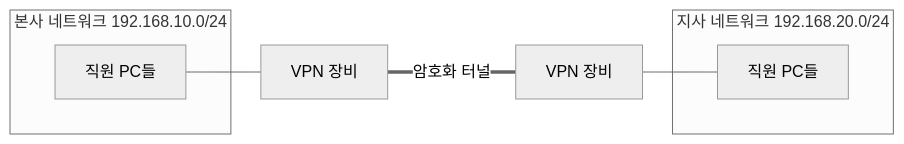
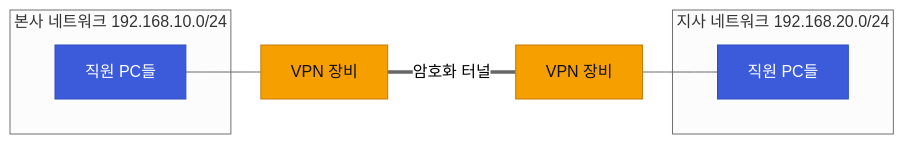
One commit to welovecherry/jm-teaching-material changed the first of 2 diagrams in 26-09-ai-security-automation-bootcamp/05-instructor-prep/docs/subject-2-network-zt/day04/lecture1.md. Above: the diagram before and after it, drawn with Mermaid (neutral theme). The commit also changed other lines of this file and 7 other files, not shown here.

First line of the commit message:
feat: Mermaid 컬러화(역할별 색) + 다이어그램 5개 추가 + 어려운 퀴즈 3종 데모

````diff
--- a/26-09-ai-security-automation-bootcamp/05-instructor-prep/docs/subject-2-network-zt/day04/lecture1.md
+++ b/26-09-ai-security-automation-bootcamp/05-instructor-prep/docs/subject-2-network-zt/day04/lecture1.md
@@ -38,10 +38,14 @@
 ```mermaid
 flowchart LR
     subgraph 본사[본사 네트워크 192.168.10.0/24]
       A[직원 PC들]
     end
     subgraph 지사[지사 네트워크 192.168.20.0/24]
       B[직원 PC들]
     end
     A --- G1[VPN 장비] === |암호화 터널| G2[VPN 장비] --- B
+    classDef dev fill:#3b5bdb,stroke:#2f4bc0,color:#fff
+    classDef gw fill:#f59f00,stroke:#c67c00,color:#111
+    class A,B dev
+    class G1,G2 gw
 ```
````
